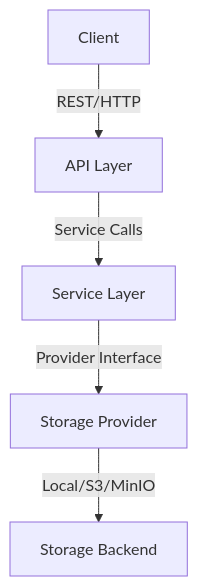
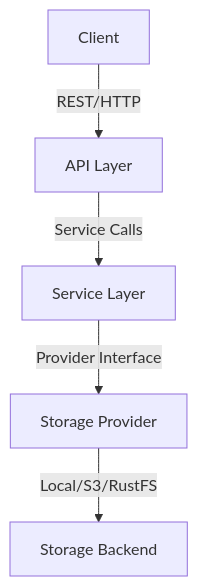
The diagram in README.md (aptlogica/sereni-storage-provider), drawn with Mermaid before and after one commit. The commit also changed other lines of this file and 22 other files, not shown here.

First line of the commit message:
remove MinIO and migrate to RustFS with AWS SDK v2

````diff
--- a/README.md
+++ b/README.md
@@ -41,7 +41,7 @@
 ```mermaid
 flowchart TD
     Client-->|REST/HTTP|API[API Layer]
     API-->|Service Calls|Service[Service Layer]
     Service-->|Provider Interface|Provider[Storage Provider]
-    Provider-->|Local/S3/MinIO|Backend[Storage Backend]
+    Provider-->|Local/S3/RustFS|Backend[Storage Backend]
 ```
````
